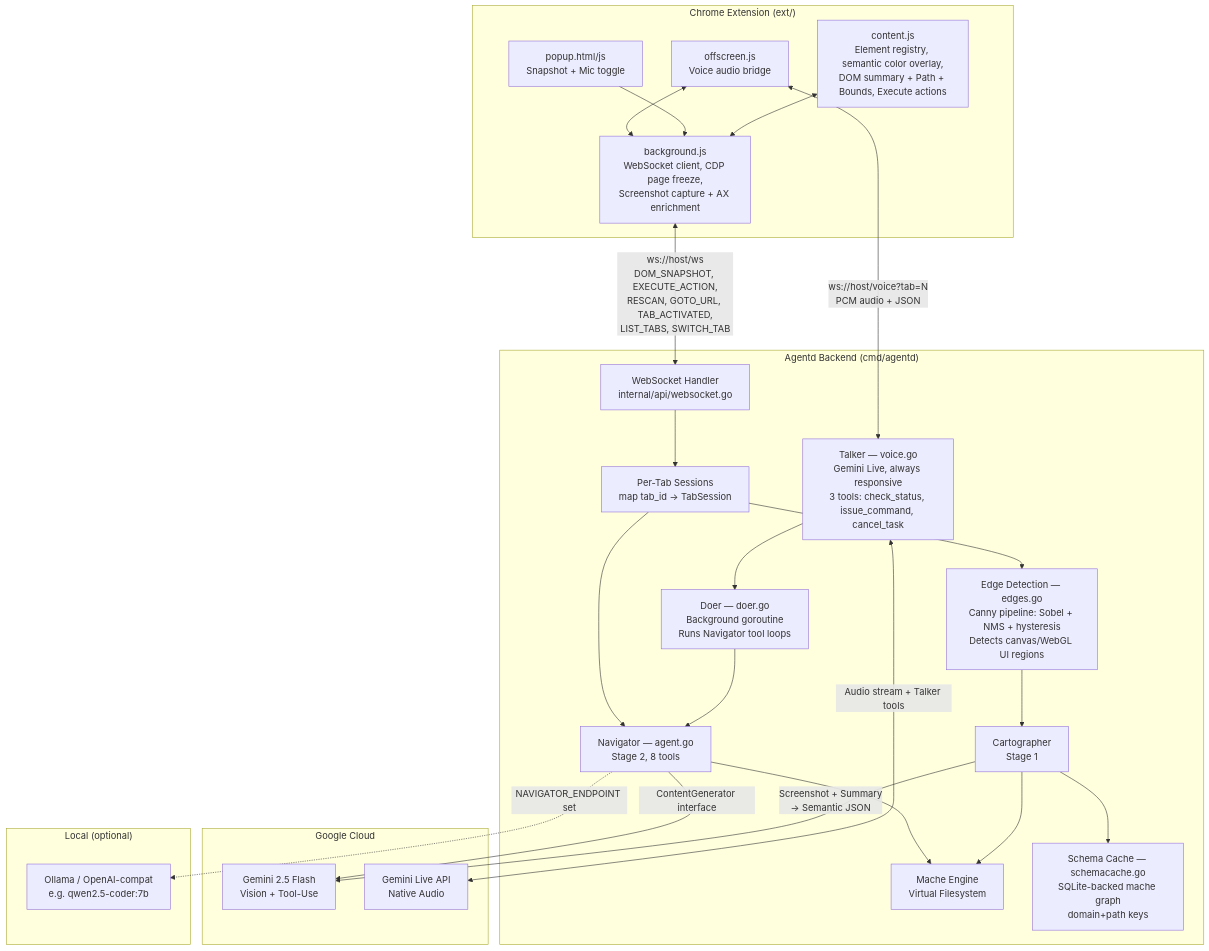
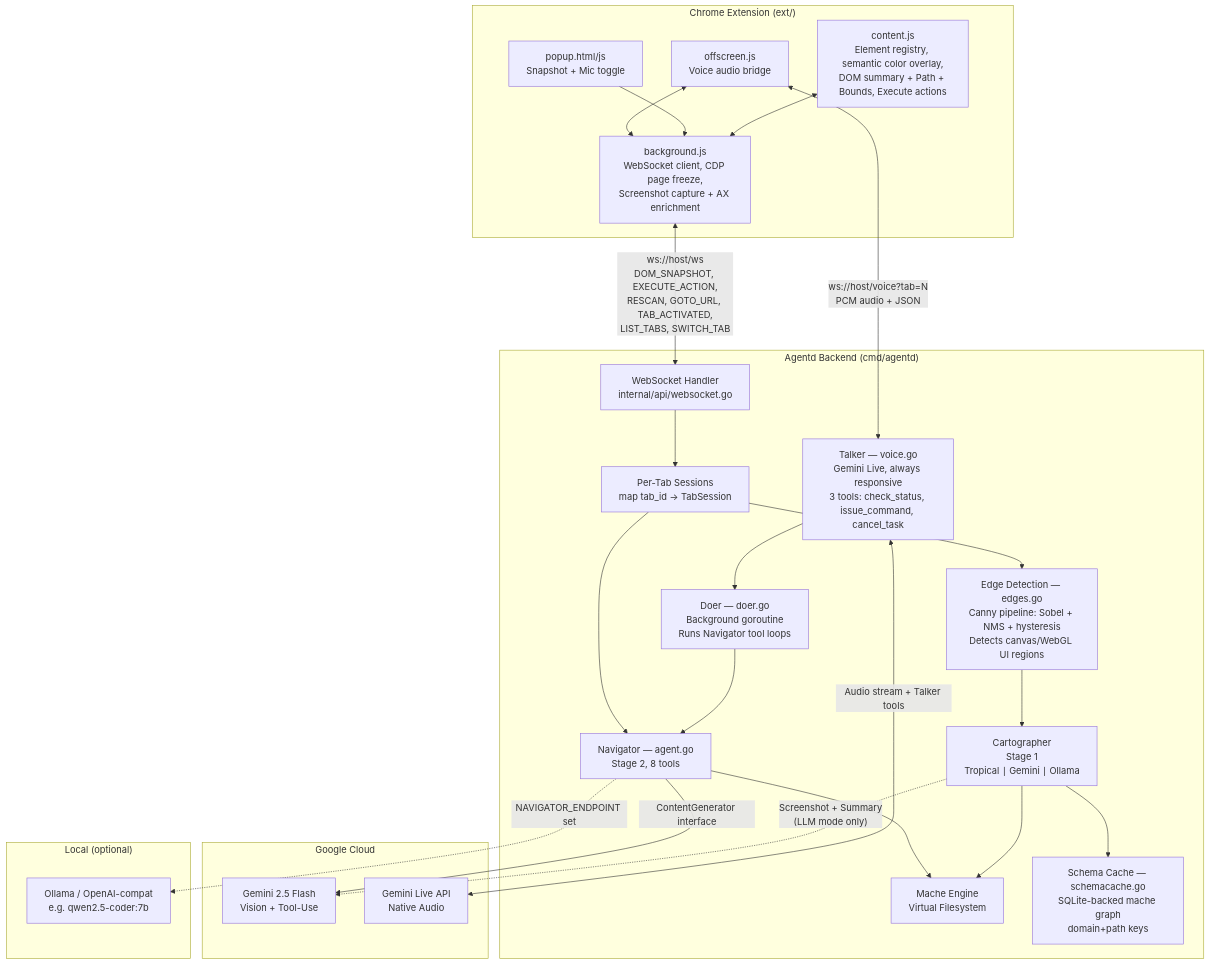
One commit to agentic-research/x-ray changed the first of 8 diagrams in docs/ARCHITECTURE.md. Above: the diagram before and after it, drawn with Mermaid. The commit also changed other lines of this file and 1 other file, not shown here.

First line of the commit message:
docs: make TropicalCartographer front-and-center in README and ARCHITECTURE

````diff
--- a/docs/ARCHITECTURE.md
+++ b/docs/ARCHITECTURE.md
@@ -36,50 +36,50 @@
 ```mermaid
 graph TB
     subgraph Chrome["Chrome Extension (ext/)"]
         CS[content.js<br/>Element registry, semantic color overlay,<br/>DOM summary + Path + Bounds, Execute actions]
         BG[background.js<br/>WebSocket client, CDP page freeze,<br/>Screenshot capture + AX enrichment]
         POP[popup.html/js<br/>Snapshot + Mic toggle]
         OFF[offscreen.js<br/>Voice audio bridge]
         CS <--> BG
         POP --> BG
         OFF <--> BG
     end
 
     subgraph Agentd["Agentd Backend (cmd/agentd)"]
         WS[WebSocket Handler<br/>internal/api/websocket.go]
         TALKER[Talker — voice.go<br/>Gemini Live, always responsive<br/>3 tools: check_status, issue_command, cancel_task]
         DOER[Doer — doer.go<br/>Background goroutine<br/>Runs Navigator tool loops]
         EDGE[Edge Detection — edges.go<br/>Canny pipeline: Sobel + NMS + hysteresis<br/>Detects canvas/WebGL UI regions]
-        CART[Cartographer<br/>Stage 1]
+        CART[Cartographer<br/>Stage 1<br/>Tropical ∣ Gemini ∣ Ollama]
         NAV[Navigator — agent.go<br/>Stage 2, 8 tools]
         ENG[Mache Engine<br/>Virtual Filesystem]
         SESS[Per-Tab Sessions<br/>map tab_id → TabSession]
         CACHE[Schema Cache — schemacache.go<br/>SQLite-backed mache graph<br/>domain+path keys]
 
         WS --> SESS
         TALKER --> DOER
         DOER --> NAV
         SESS --> EDGE
         EDGE --> CART
         SESS --> NAV
         CART --> ENG
         CART --> CACHE
         NAV --> ENG
     end
 
     subgraph GCP["Google Cloud"]
         GEMINI[Gemini 2.5 Flash<br/>Vision + Tool-Use]
         LIVE[Gemini Live API<br/>Native Audio]
     end
 
     subgraph Local["Local (optional)"]
         OLLAMA[Ollama / OpenAI-compat<br/>e.g. qwen2.5-coder:7b]
     end
 
     BG <-->|"ws://host/ws<br/>DOM_SNAPSHOT, EXECUTE_ACTION,<br/>RESCAN, GOTO_URL, TAB_ACTIVATED,<br/>LIST_TABS, SWITCH_TAB"| WS
     OFF <-->|"ws://host/voice?tab=N<br/>PCM audio + JSON"| TALKER
-    CART -->|"Screenshot + Summary<br/>→ Semantic JSON"| GEMINI
+    CART -.->|"Screenshot + Summary<br/>(LLM mode only)"| GEMINI
     NAV -->|"ContentGenerator interface"| GEMINI
     NAV -.->|"NAVIGATOR_ENDPOINT set"| OLLAMA
     TALKER <-->|"Audio stream + Talker tools"| LIVE
 ```
````
